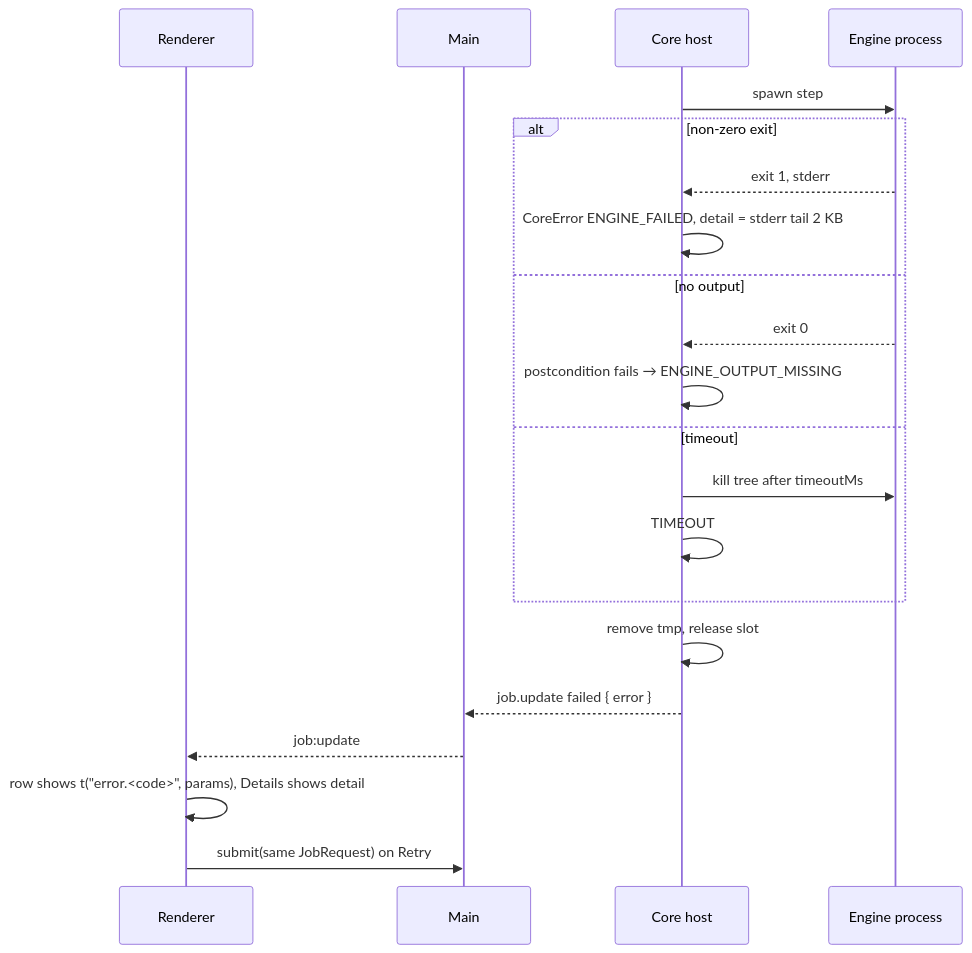
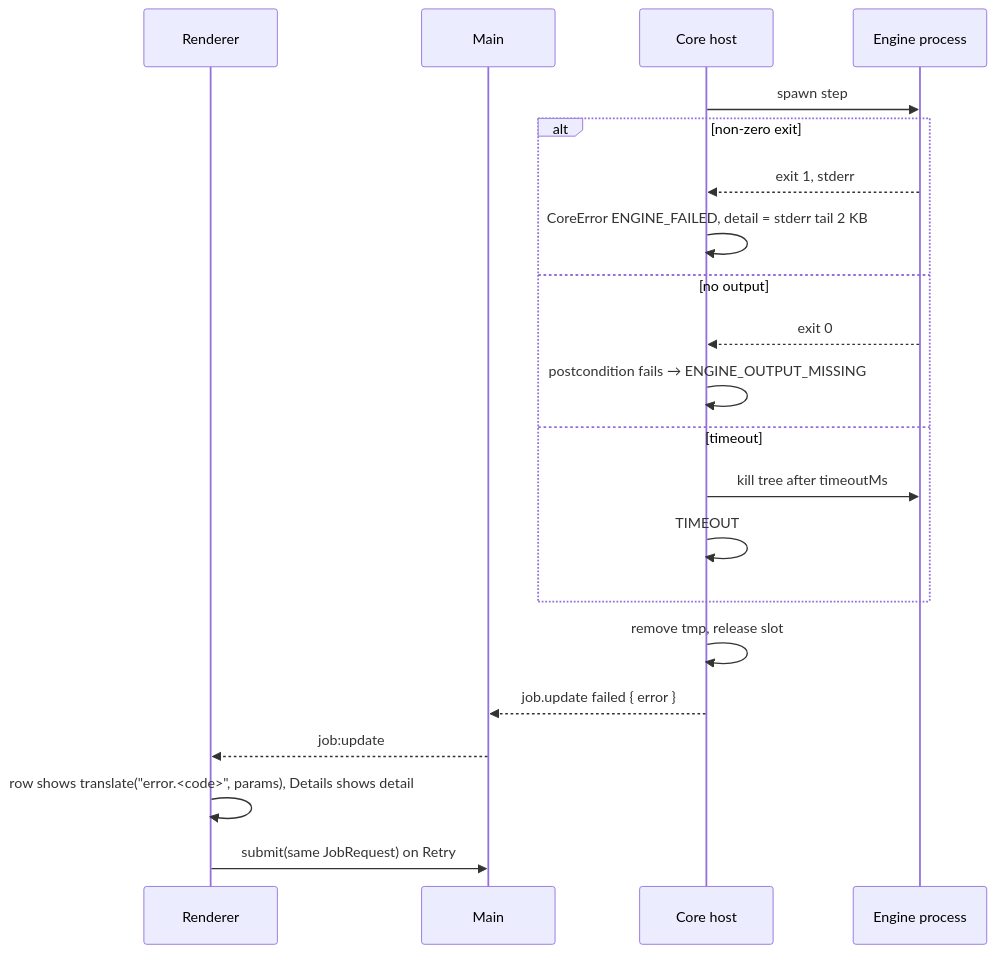
Before and after one commit to Anuragvish22/FileCon: diagram 12 of 19 in docs/FLOWS.md, drawn with Mermaid. The commit also changed other lines of this file and 65 other files, not shown here.

````diff
--- a/docs/FLOWS.md
+++ b/docs/FLOWS.md
@@ -314,23 +314,23 @@
 ```mermaid
 sequenceDiagram
   participant Renderer
   participant Main
   participant Core as Core host
   participant Engine as Engine process
   Core->>Engine: spawn step
   alt non-zero exit
     Engine-->>Core: exit 1, stderr
     Core->>Core: CoreError ENGINE_FAILED, detail = stderr tail 2 KB
   else no output
     Engine-->>Core: exit 0
     Core->>Core: postcondition fails → ENGINE_OUTPUT_MISSING
   else timeout
     Core->>Engine: kill tree after timeoutMs
     Core->>Core: TIMEOUT
   end
   Core->>Core: remove tmp, release slot
   Core-->>Main: job.update failed { error }
   Main-->>Renderer: job:update
-  Renderer->>Renderer: row shows t("error.<code>", params), Details shows detail
+  Renderer->>Renderer: row shows translate("error.<code>", params), Details shows detail
   Renderer->>Main: submit(same JobRequest) on Retry
 ```
````
